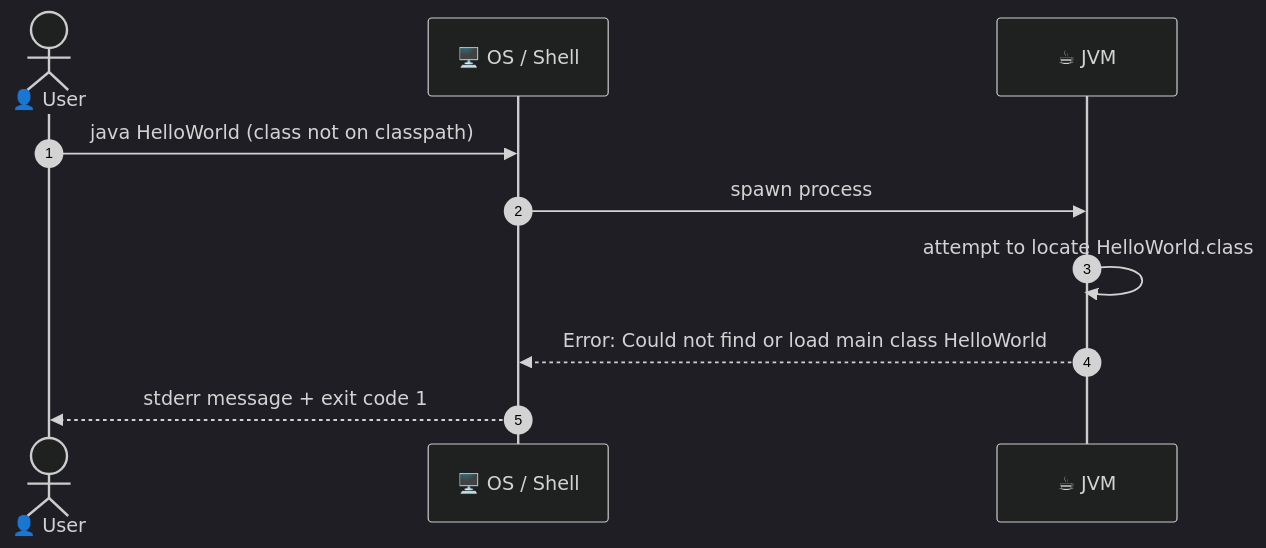
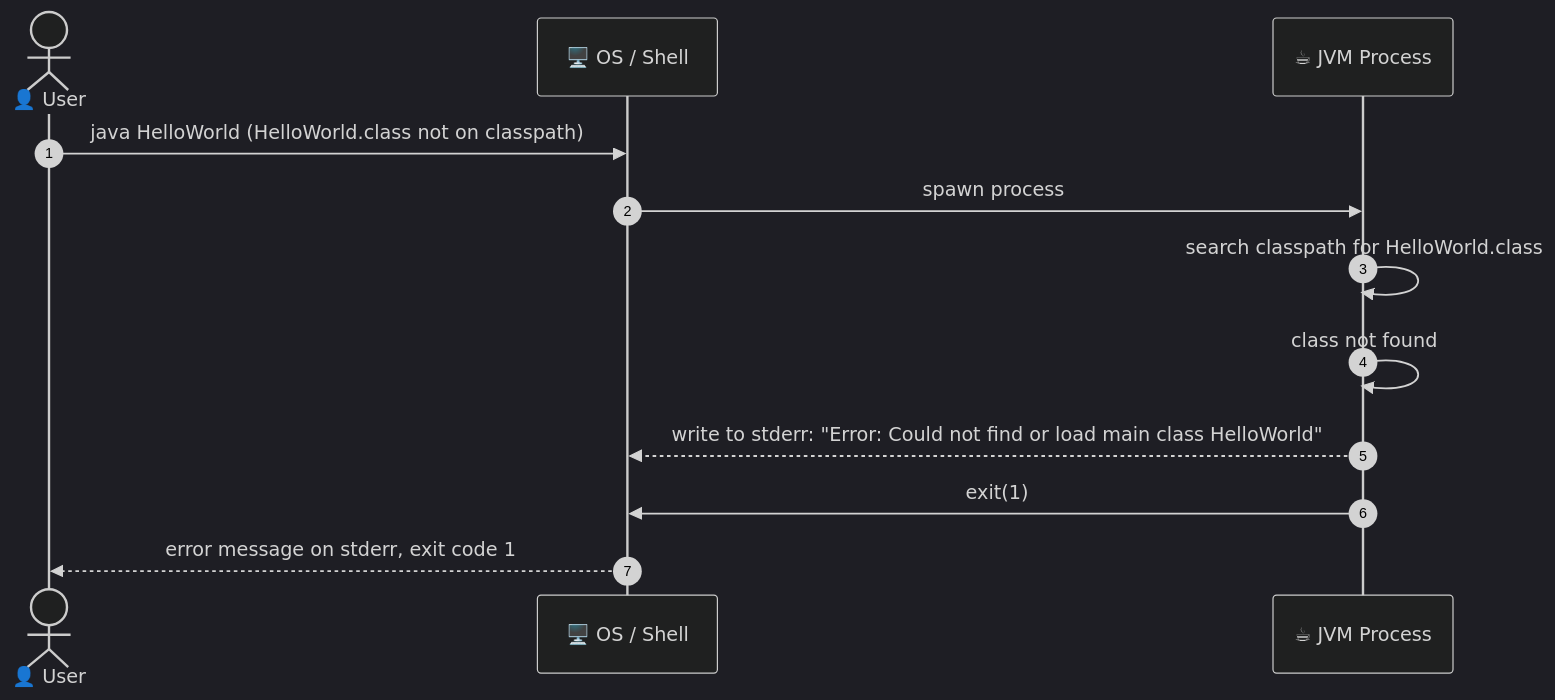
Diagram 11 of 20 in arc42-documentation.md (ktruchcz/copilot-test-ktruchcz), drawn with Mermaid (dark theme) before and after one commit. The commit also changed other lines of this file, not shown here.

First line of the commit message:
Update arc42-documentation.md to v1.1.0 with enhanced content and new diagrams

````diff
--- a/arc42-documentation.md
+++ b/arc42-documentation.md
@@ -325,13 +445,15 @@
 ```mermaid
 sequenceDiagram
     autonumber
     actor User as 👤 User
     participant OS as 🖥️ OS / Shell
-    participant JVM as ☕ JVM
+    participant JVM as ☕ JVM Process
 
-    User->>OS: java HelloWorld (class not on classpath)
+    User->>OS: java HelloWorld (HelloWorld.class not on classpath)
     OS->>JVM: spawn process
-    JVM->>JVM: attempt to locate HelloWorld.class
-    JVM-->>OS: Error: Could not find or load main class HelloWorld
-    OS-->>User: stderr message + exit code 1
+    JVM->>JVM: search classpath for HelloWorld.class
+    JVM->>JVM: class not found
+    JVM-->>OS: write to stderr: "Error: Could not find or load main class HelloWorld"
+    JVM->>OS: exit(1)
+    OS-->>User: error message on stderr, exit code 1
 ```
````
